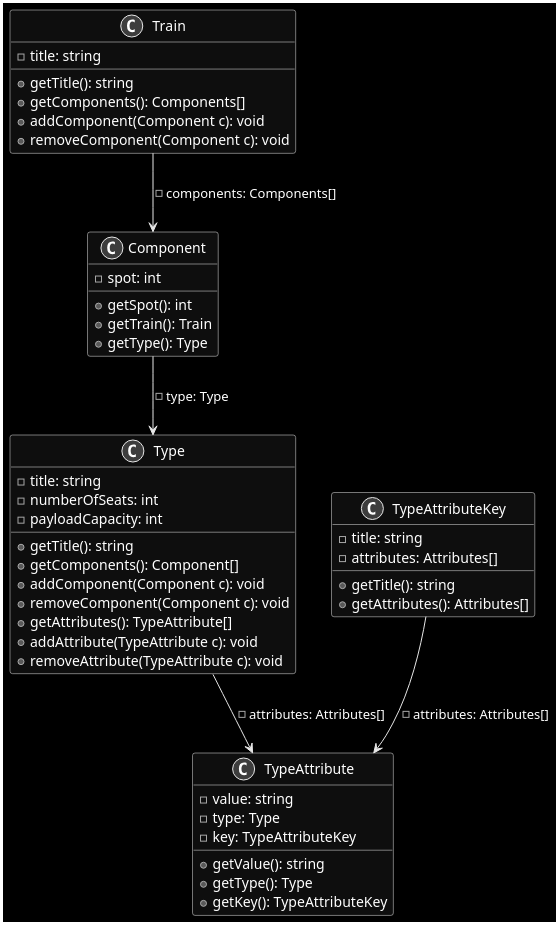
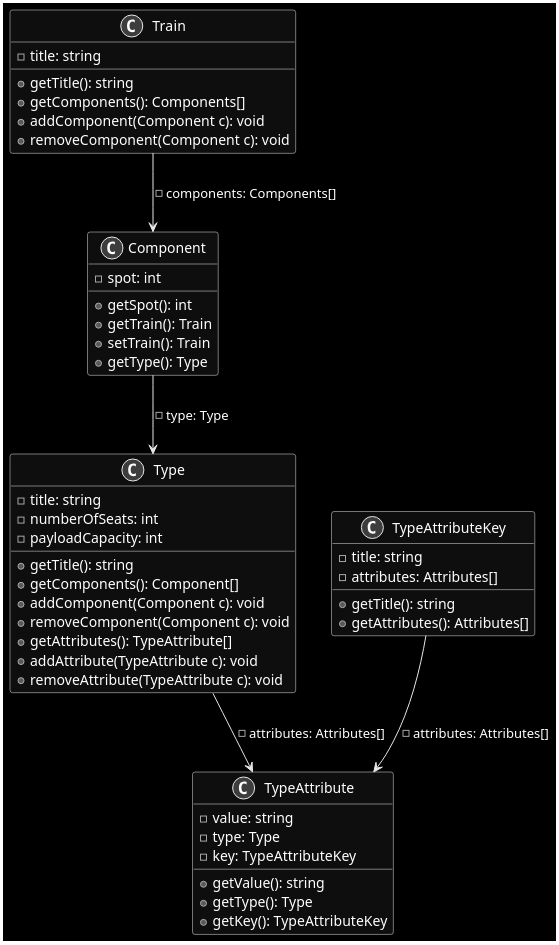
Before and after one commit to LSVH/hbo-ict-pafr-rich-rail: the diagram in README.md, drawn with PlantUML. The commit also changed other lines of this file, not shown here.

````diff
--- a/README.md
+++ b/README.md
@@ -31,52 +118,53 @@
 ```plantuml:simpel-klassendiagram
 skinparam monochrome reverse
 
 class Train {
   - title: string
   + getTitle(): string
   + getComponents(): Components[]
   + addComponent(Component c): void
   + removeComponent(Component c): void
 }
 
 class Type {
   - title: string
   - numberOfSeats: int
   - payloadCapacity: int
   + getTitle(): string
   + getComponents(): Component[]
   + addComponent(Component c): void
   + removeComponent(Component c): void
   + getAttributes(): TypeAttribute[]
   + addAttribute(TypeAttribute c): void
   + removeAttribute(TypeAttribute c): void
 }
 
 class TypeAttribute {
   - value: string
   - type: Type
   - key: TypeAttributeKey
   + getValue(): string
   + getType(): Type
   + getKey(): TypeAttributeKey
 }
 
 class TypeAttributeKey {
   - title: string
   - attributes: Attributes[]
   + getTitle(): string
   + getAttributes(): Attributes[]
 }
 
 class Component {
   - spot: int
   + getSpot(): int
   + getTrain(): Train
+  + setTrain(): Train
   + getType(): Type
 }
 
 Train --> Component: - components: Components[]
 Component --> Type: - type: Type
 Type --> TypeAttribute: - attributes: Attributes[]
 TypeAttributeKey --> TypeAttribute: - attributes: Attributes[]
 ```
````
